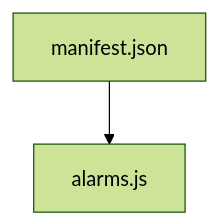
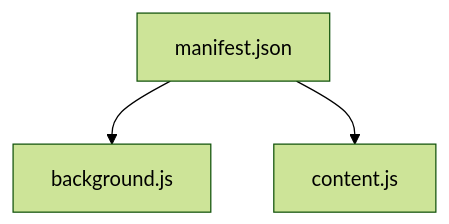
One commit to sarnobat/chrome_extension changed the diagram in README.md. Above: the diagram before and after it, drawn with Mermaid (forest theme).

````diff
--- a/README.md
+++ b/README.md
@@ -4,4 +4,5 @@
 ```mermaid
 flowchart TD
-    manifest.json --> alarms.js
+    manifest.json --> background.js
+    manifest.json --> content.js
 ```
````
